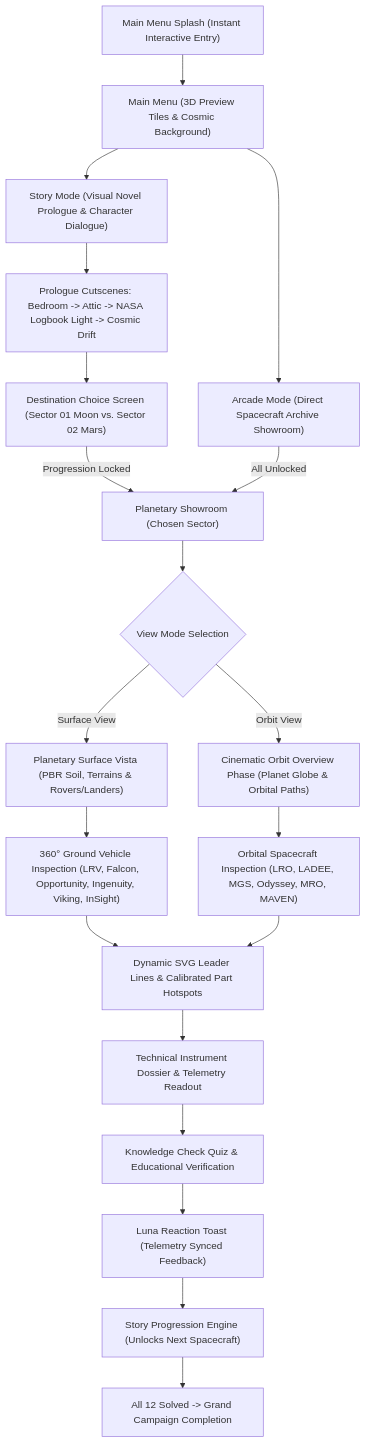
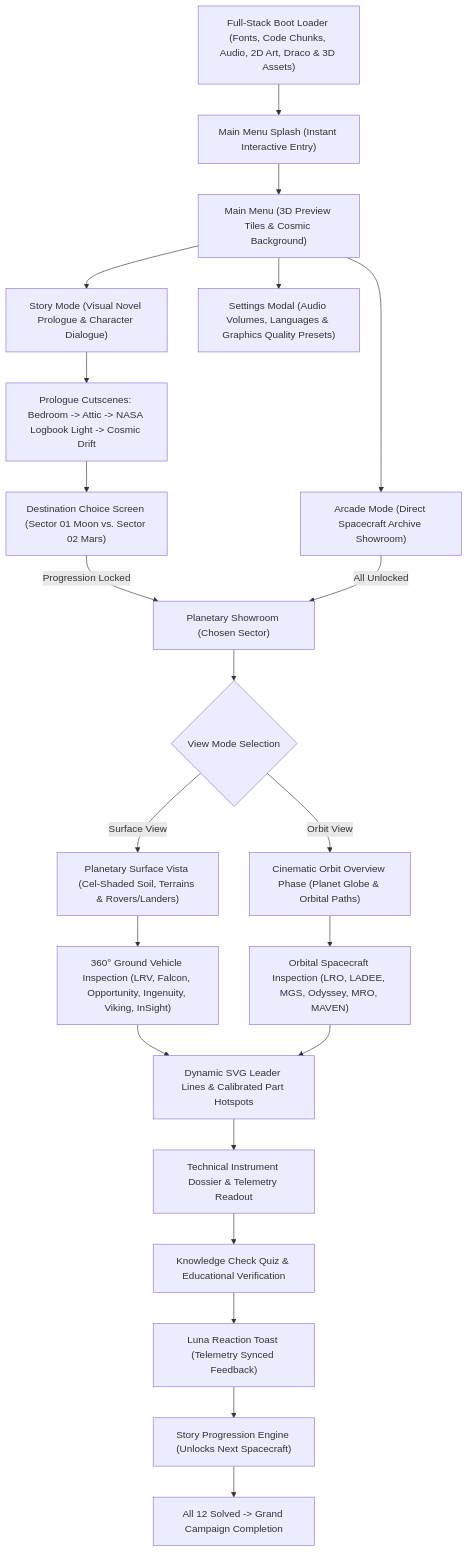
One commit to MoamenHandak/AbandonedButNotForgoten-Beta changed the diagram in PROJECT_DOCUMENTATION.md. Above: the diagram before and after it, drawn with Mermaid. The commit also changed other lines of this file and 50 other files, not shown here.

Commit message:
feat: lunar rover menu preview, LADEE shader repair, inspect HUD toggle, complete Arabic localization

````diff
--- a/PROJECT_DOCUMENTATION.md
+++ b/PROJECT_DOCUMENTATION.md
@@ -27,26 +28,28 @@
 ```mermaid
 flowchart TD
-    A["Main Menu Splash (Instant Interactive Entry)"] --> B["Main Menu (3D Preview Tiles & Cosmic Background)"]
+    Boot["Full-Stack Boot Loader (Fonts, Code Chunks, Audio, 2D Art, Draco & 3D Assets)"] --> A["Main Menu Splash (Instant Interactive Entry)"]
+    A --> B["Main Menu (3D Preview Tiles & Cosmic Background)"]
     B --> C["Story Mode (Visual Novel Prologue & Character Dialogue)"]
     B --> D["Arcade Mode (Direct Spacecraft Archive Showroom)"]
+    B --> S["Settings Modal (Audio Volumes, Languages & Graphics Quality Presets)"]
     
     C --> E["Prologue Cutscenes: Bedroom -> Attic -> NASA Logbook Light -> Cosmic Drift"]
     E --> F["Destination Choice Screen (Sector 01 Moon vs. Sector 02 Mars)"]
     F -->|Progression Locked| G["Planetary Showroom (Chosen Sector)"]
     D -->|All Unlocked| G
     
     G --> H{"View Mode Selection"}
-    H -->|Surface View| I["Planetary Surface Vista (PBR Soil, Terrains & Rovers/Landers)"]
+    H -->|Surface View| I["Planetary Surface Vista (Cel-Shaded Soil, Terrains & Rovers/Landers)"]
     H -->|Orbit View| J["Cinematic Orbit Overview Phase (Planet Globe & Orbital Paths)"]
     
     I --> K["360° Ground Vehicle Inspection (LRV, Falcon, Opportunity, Ingenuity, Viking, InSight)"]
     J --> L["Orbital Spacecraft Inspection (LRO, LADEE, MGS, Odyssey, MRO, MAVEN)"]
     
     K --> M["Dynamic SVG Leader Lines & Calibrated Part Hotspots"]
     L --> M
     M --> N["Technical Instrument Dossier & Telemetry Readout"]
     N --> O["Knowledge Check Quiz & Educational Verification"]
     O --> P["Luna Reaction Toast (Telemetry Synced Feedback)"]
     P --> Q["Story Progression Engine (Unlocks Next Spacecraft)"]
     Q --> R["All 12 Solved -> Grand Campaign Completion"]
 ```
````
